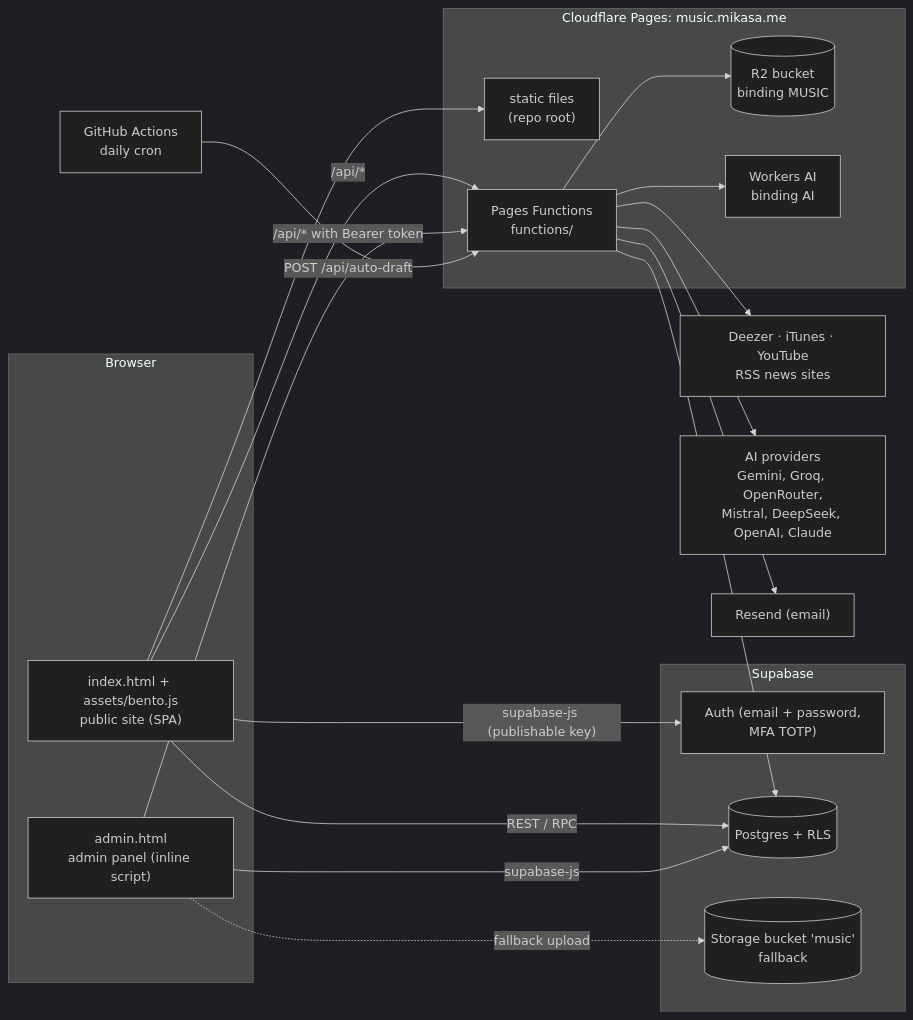
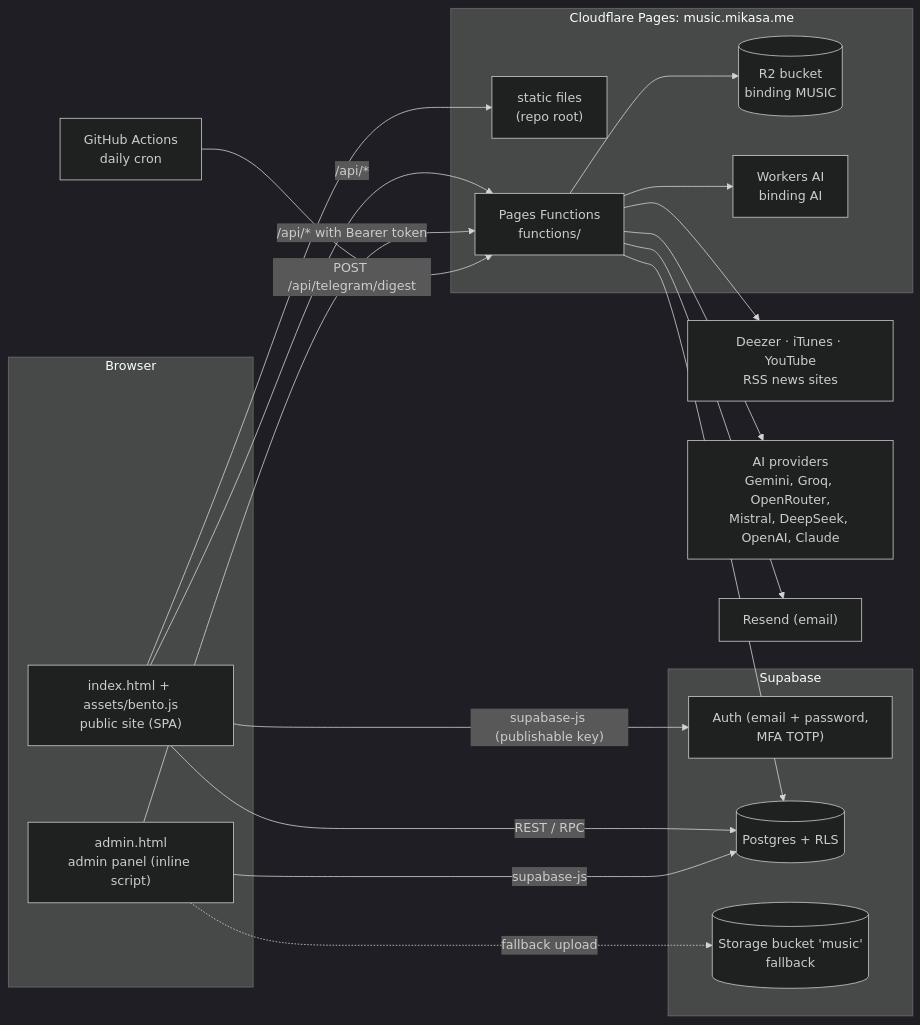
One commit to mh2s94/underground-music changed the first of 2 diagrams in docs/ARCHITECTURE.md. Above: the diagram before and after it, drawn with Mermaid (dark theme). The commit also changed other lines of this file and 19 other files, not shown here.

First line of the commit message:
Remove scheduled AI: daily drafts, Telegram draft buttons, autopilot (#58)

````diff
--- a/docs/ARCHITECTURE.md
+++ b/docs/ARCHITECTURE.md
@@ -17,37 +17,37 @@
 ```mermaid
 flowchart LR
   subgraph Browser
     SITE["index.html + assets/bento.js<br/>public site (SPA)"]
     ADMIN["admin.html<br/>admin panel (inline script)"]
   end
   subgraph Cloudflare["Cloudflare Pages: music.mikasa.me"]
     STATIC["static files<br/>(repo root)"]
     FN["Pages Functions<br/>functions/"]
     R2[("R2 bucket<br/>binding MUSIC")]
     WAI["Workers AI<br/>binding AI"]
   end
   subgraph Supabase
     AUTH["Auth (email + password,<br/>MFA TOTP)"]
     DB[("Postgres + RLS")]
     ST[("Storage bucket 'music'<br/>fallback")]
   end
   EXT["Deezer · iTunes · YouTube<br/>RSS news sites"]
   AIP["AI providers<br/>Gemini, Groq, OpenRouter,<br/>Mistral, DeepSeek, OpenAI, Claude"]
   RESEND["Resend (email)"]
   GH["GitHub Actions<br/>daily cron"]
 
   SITE -- "supabase-js (publishable key)" --> AUTH
   SITE -- "REST / RPC" --> DB
   ADMIN -- "supabase-js" --> DB
   SITE --> STATIC
   SITE -- "/api/*" --> FN
   ADMIN -- "/api/* with Bearer token" --> FN
   FN --> DB
   FN --> R2
   FN --> WAI
   FN --> AIP
   FN --> EXT
   FN --> RESEND
-  GH -- "POST /api/auto-draft" --> FN
+  GH -- "POST /api/telegram/digest" --> FN
   ADMIN -. "fallback upload" .-> ST
 ```
````
